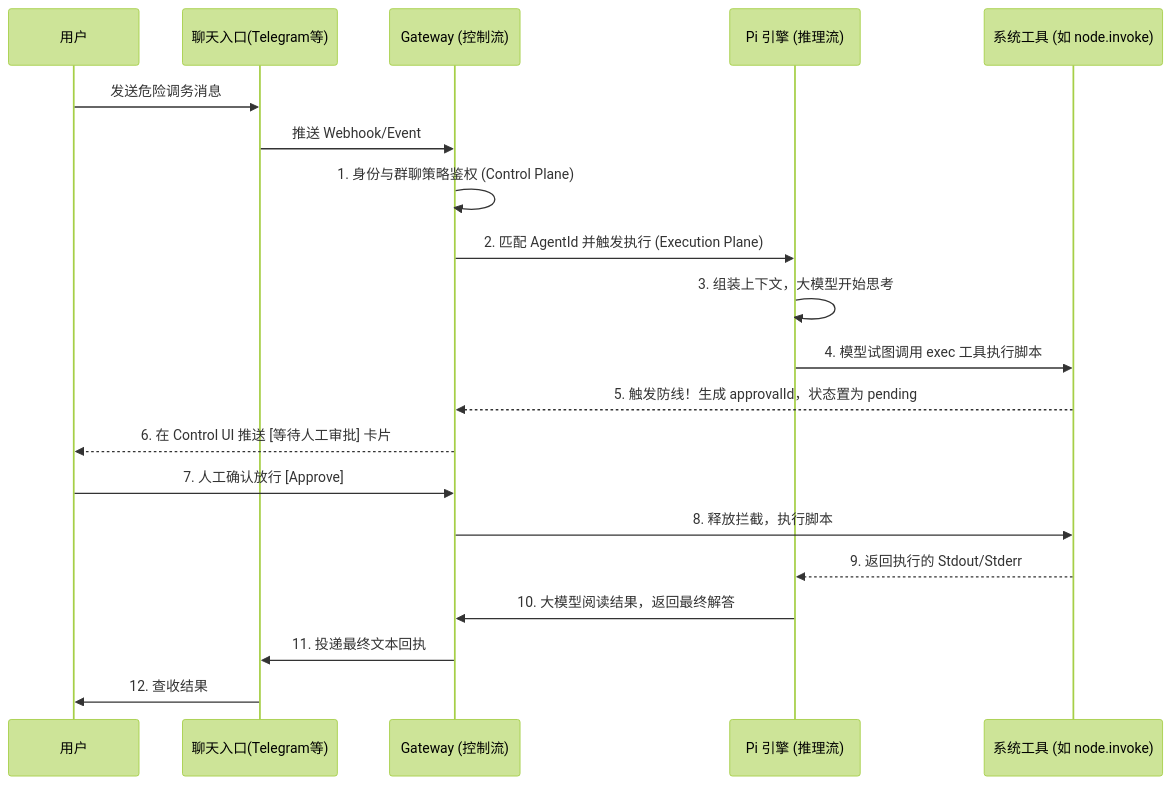
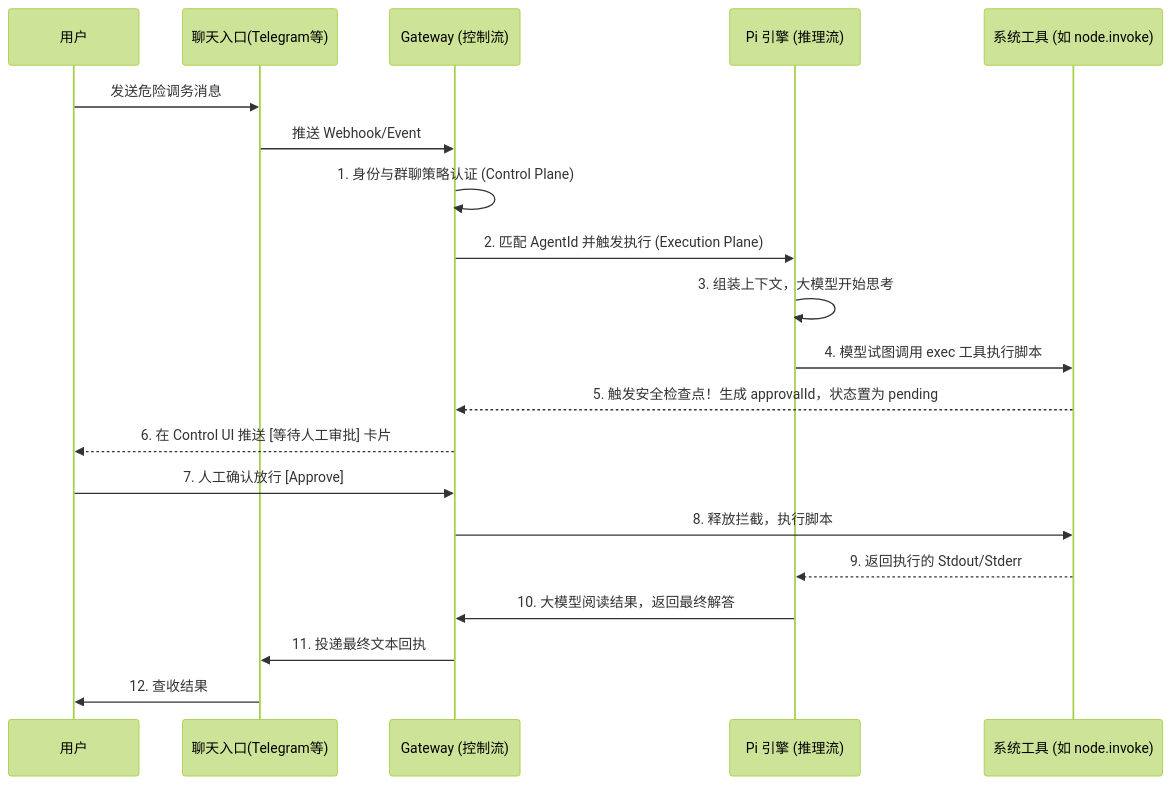
The diagram in 09_gateway_protocol/9.1_control_plane.md (yeasy/openclaw_guide), drawn with Mermaid (forest theme) before and after one commit. The commit also changed other lines of this file and 46 other files, not shown here.

````diff
--- a/09_gateway_protocol/9.1_control_plane.md
+++ b/09_gateway_protocol/9.1_control_plane.md
@@ -39,23 +39,23 @@
 ```mermaid
 sequenceDiagram
     participant User as 用户
     participant ChatProvider as 聊天入口(Telegram等)
     participant Gateway as Gateway (控制流)
     participant Runtime as Pi 引擎 (推理流)
     participant ExecTool as 系统工具 (如 node.invoke)
 
     User->>ChatProvider: 发送危险调务消息
     ChatProvider->>Gateway: 推送 Webhook/Event
-    Gateway->>Gateway: 1. 身份与群聊策略鉴权 (Control Plane)
+    Gateway->>Gateway: 1. 身份与群聊策略认证 (Control Plane)
     Gateway->>Runtime: 2. 匹配 AgentId 并触发执行 (Execution Plane)
     Runtime->>Runtime: 3. 组装上下文，大模型开始思考
     Runtime->>ExecTool: 4. 模型试图调用 exec 工具执行脚本
-    ExecTool-->>Gateway: 5. 触发防线！生成 approvalId，状态置为 pending
+    ExecTool-->>Gateway: 5. 触发安全检查点！生成 approvalId，状态置为 pending
     Gateway-->>User: 6. 在 Control UI 推送 [等待人工审批] 卡片
     User->>Gateway: 7. 人工确认放行 [Approve]
     Gateway->>ExecTool: 8. 释放拦截，执行脚本
     ExecTool-->>Runtime: 9. 返回执行的 Stdout/Stderr
     Runtime->>Gateway: 10. 大模型阅读结果，返回最终解答
     Gateway->>ChatProvider: 11. 投递最终文本回执
     ChatProvider->>User: 12. 查收结果
 ```
````
